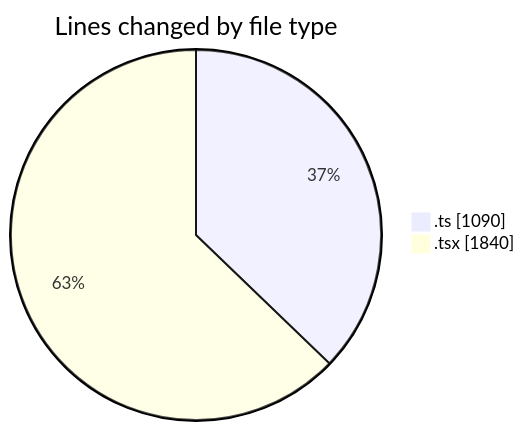
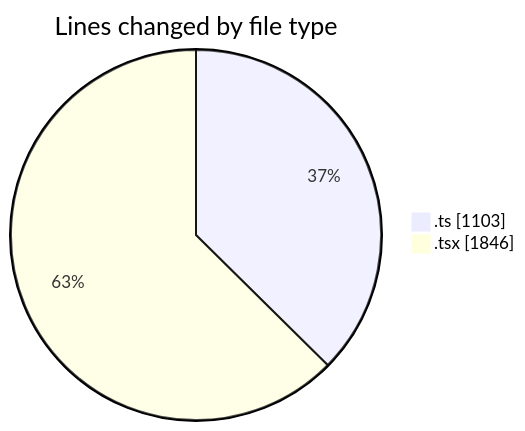
The first of 2 diagrams in 2025-09-02/cda/README.md (momahboobian/code-tracking), drawn with Mermaid before and after one commit. The commit also changed other lines of this file and 1 other file, not shown here.

````diff
--- a/2025-09-02/cda/README.md
+++ b/2025-09-02/cda/README.md
@@ -28,6 +28,6 @@
 ```mermaid
 pie showData
 title Lines changed by file type
-".ts" : 1090
-".tsx" : 1840
+".ts" : 1103
+".tsx" : 1846
 ```
````
